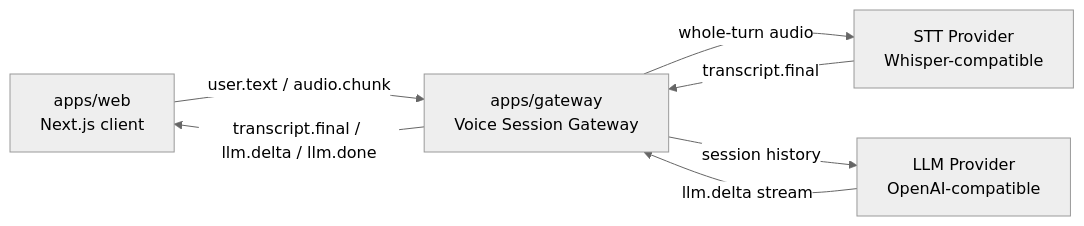
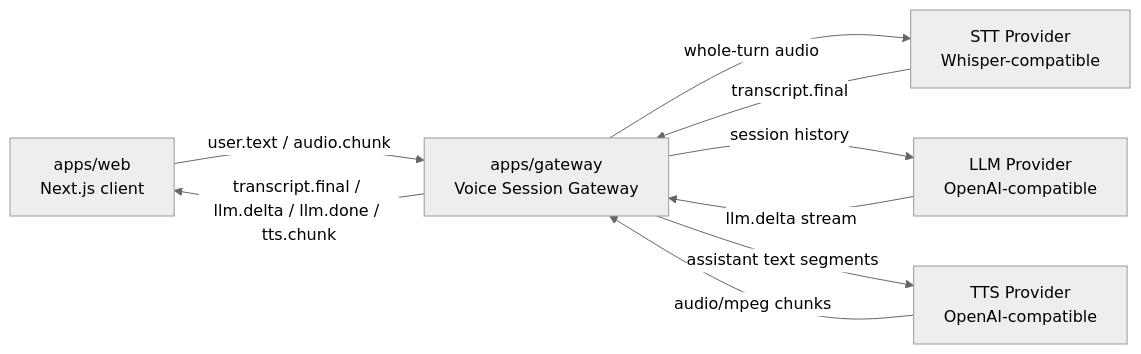
One commit to study8677/open-gpt-live changed the diagram in README.md. Above: the diagram before and after it, drawn with Mermaid (neutral theme). The commit also changed other lines of this file and 1 other file, not shown here.

Commit message:
Document TTS voice replies in READMEs

````diff
--- a/README.md
+++ b/README.md
@@ -90,9 +90,11 @@
 ```mermaid
 flowchart LR
   Web["apps/web<br/>Next.js client"] -->|user.text / audio.chunk| Gateway["apps/gateway<br/>Voice Session Gateway"]
   Gateway -->|whole-turn audio| STT["STT Provider<br/>Whisper-compatible"]
   STT -->|transcript.final| Gateway
   Gateway -->|session history| LLM["LLM Provider<br/>OpenAI-compatible"]
   LLM -->|llm.delta stream| Gateway
-  Gateway -->|transcript.final / llm.delta / llm.done| Web
+  Gateway -->|assistant text segments| TTS["TTS Provider<br/>OpenAI-compatible"]
+  TTS -->|audio/mpeg chunks| Gateway
+  Gateway -->|transcript.final / llm.delta / llm.done / tts.chunk| Web
 ```
````
